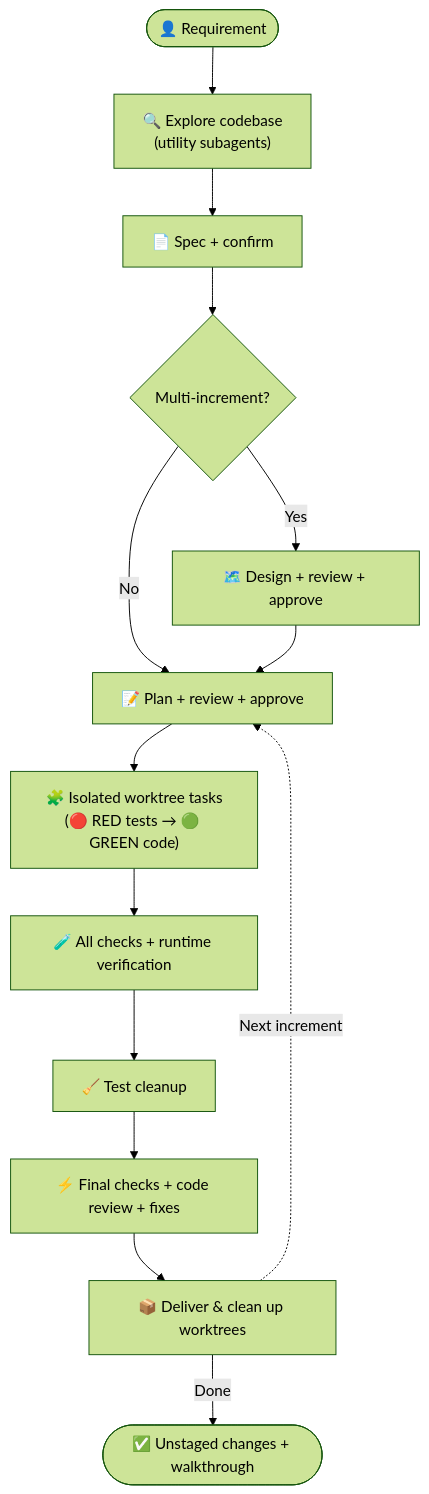
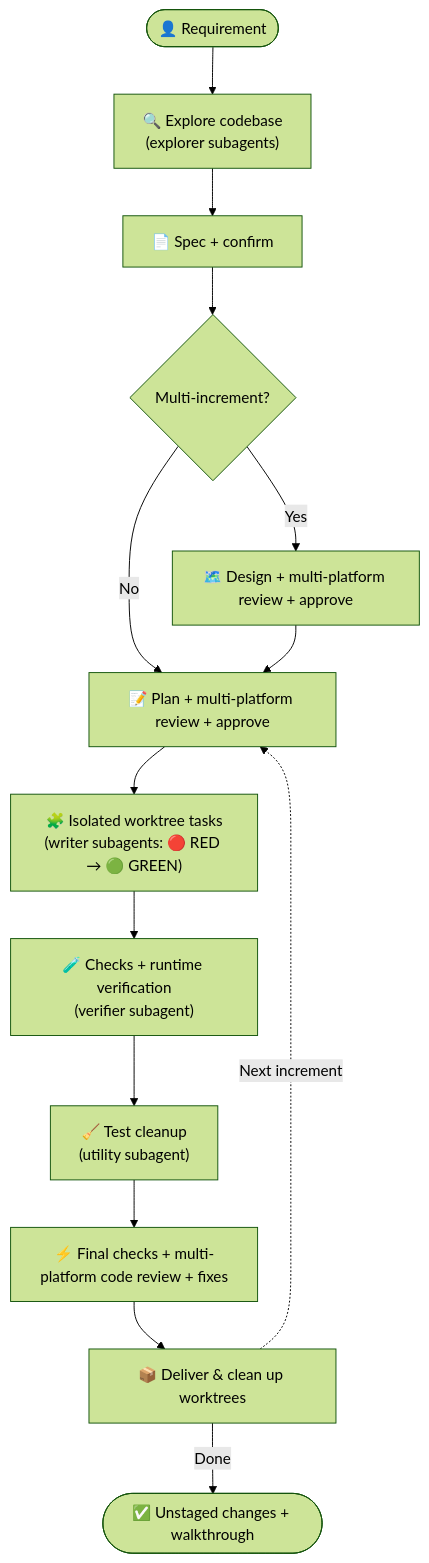
Before and after one commit to Gyunikuchan/dispatch-skills: the diagram in README.md, drawn with Mermaid (forest theme). The commit also changed other lines of this file and 4 other files, not shown here.

````diff
--- a/README.md
+++ b/README.md
@@ -29,16 +31,16 @@
 ```mermaid
 flowchart TD
-    User(["👤 Requirement"]) --> Ground["🔍 Explore codebase<br/>(utility subagents)"]
+    User(["👤 Requirement"]) --> Ground["🔍 Explore codebase<br/>(explorer subagents)"]
     Ground --> Spec["📄 Spec + confirm"]
     Spec --> ScopeCheck{"Multi-increment?"}
-    ScopeCheck -->|Yes| Design["🗺️ Design + review + approve"]
+    ScopeCheck -->|Yes| Design["🗺️ Design + multi-platform review + approve"]
     ScopeCheck -->|No| Plan
-    Design --> Plan["📝 Plan + review + approve"]
-    Plan --> Tasks["🧩 Isolated worktree tasks<br/>(🔴 RED tests → 🟢 GREEN code)"]
-    Tasks --> Verify["🧪 All checks + runtime verification"]
-    Verify --> Cleanup["🧹 Test cleanup"]
-    Cleanup --> Review["⚡ Final checks + code review + fixes"]
+    Design --> Plan["📝 Plan + multi-platform review + approve"]
+    Plan --> Tasks["🧩 Isolated worktree tasks<br/>(writer subagents: 🔴 RED → 🟢 GREEN)"]
+    Tasks --> Verify["🧪 Checks + runtime verification<br/>(verifier subagent)"]
+    Verify --> Cleanup["🧹 Test cleanup<br/>(utility subagent)"]
+    Cleanup --> Review["⚡ Final checks + multi-platform code review + fixes"]
     Review --> Deliver["📦 Deliver & clean up worktrees"]
     Deliver -.->|Next increment| Plan
     Deliver -->|Done| Handoff(["✅ Unstaged changes + walkthrough"])
 ```
````
